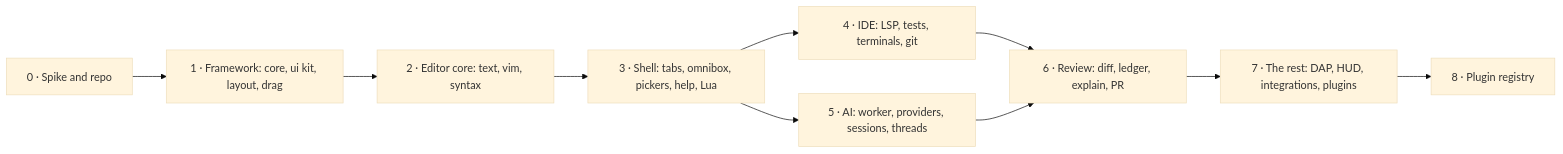
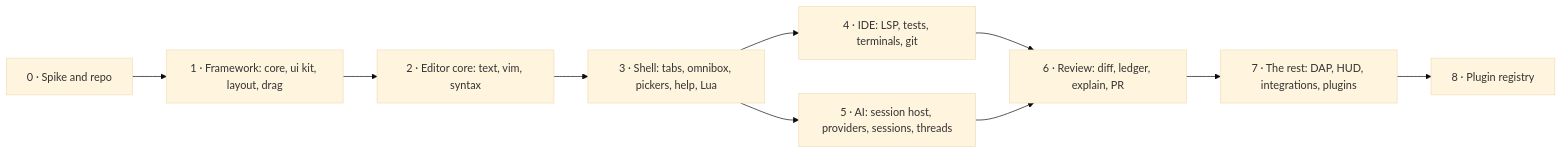
Before and after one commit to liamg/oriel: the diagram in _design/PLAN.md, drawn with Mermaid (base theme). The commit also changed other lines of this file and 339 other files, not shown here.

First line of the commit message:
refactor: remove workers: one Oriel, its session host in process

````diff
--- a/_design/PLAN.md
+++ b/_design/PLAN.md
@@ -79,12 +79,12 @@
 ```mermaid
 flowchart LR
   P0["0 · Spike and repo"] --> P1["1 · Framework: core, ui kit, layout, drag"]
   P1 --> P2["2 · Editor core: text, vim, syntax"]
   P2 --> P3["3 · Shell: tabs, omnibox, pickers, help, Lua"]
   P3 --> P4["4 · IDE: LSP, tests, terminals, git"]
-  P3 --> P5["5 · AI: worker, providers, sessions, threads"]
+  P3 --> P5["5 · AI: session host, providers, sessions, threads"]
   P4 --> P6["6 · Review: diff, ledger, explain, PR"]
   P5 --> P6
   P6 --> P7["7 · The rest: DAP, HUD, integrations, plugins"]
   P7 --> P8["8 · Plugin registry"]
 ```
````
